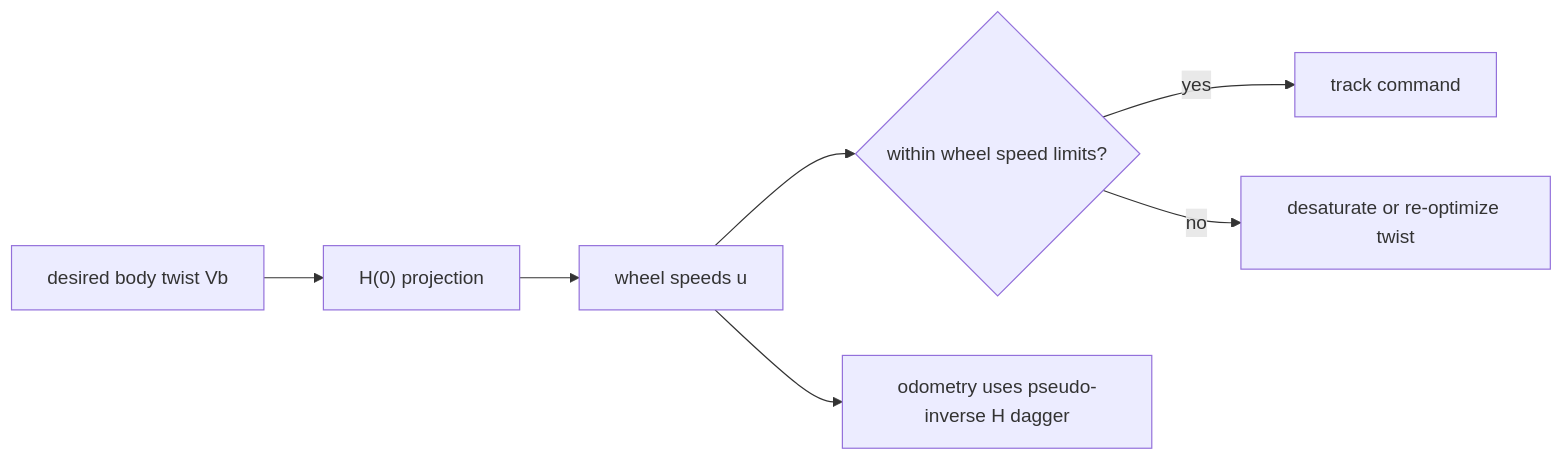
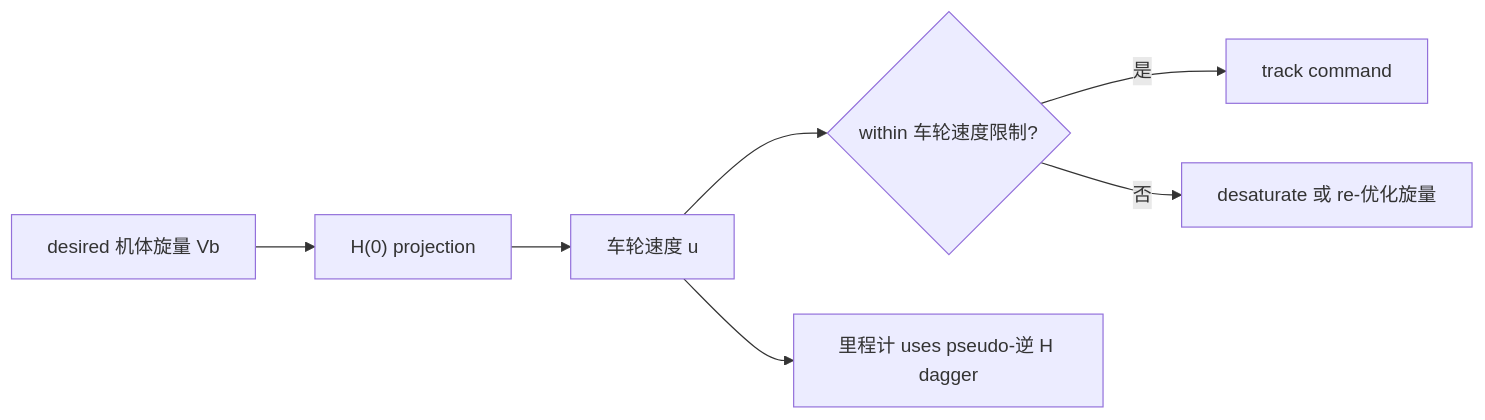
One commit to niuverse/llm-wiki changed the diagram in wiki/concepts/OmnidirectionalWheels.md. Above: the diagram before and after it, drawn with Mermaid. The commit also changed other lines of this file and 123 other files, not shown here.

````diff
--- a/wiki/concepts/OmnidirectionalWheels.md
+++ b/wiki/concepts/OmnidirectionalWheels.md
@@ -41,9 +41,9 @@
 ```mermaid
 flowchart LR
-  A["desired body twist Vb"] --> B["H(0) projection"]
-  B --> C["wheel speeds u"]
-  C --> D{"within wheel speed limits?"}
-  D -- "yes" --> E["track command"]
-  D -- "no" --> F["desaturate or re-optimize twist"]
-  C --> G["odometry uses pseudo-inverse H dagger"]
+  A["desired 机体旋量 Vb"] --> B["H(0) projection"]
+  B --> C["车轮速度 u"]
+  C --> D{"within 车轮速度限制?"}
+  D -- "是" --> E["track command"]
+  D -- "否" --> F["desaturate 或 re-优化旋量"]
+  C --> G["里程计 uses pseudo-逆 H dagger"]
 ```
````
